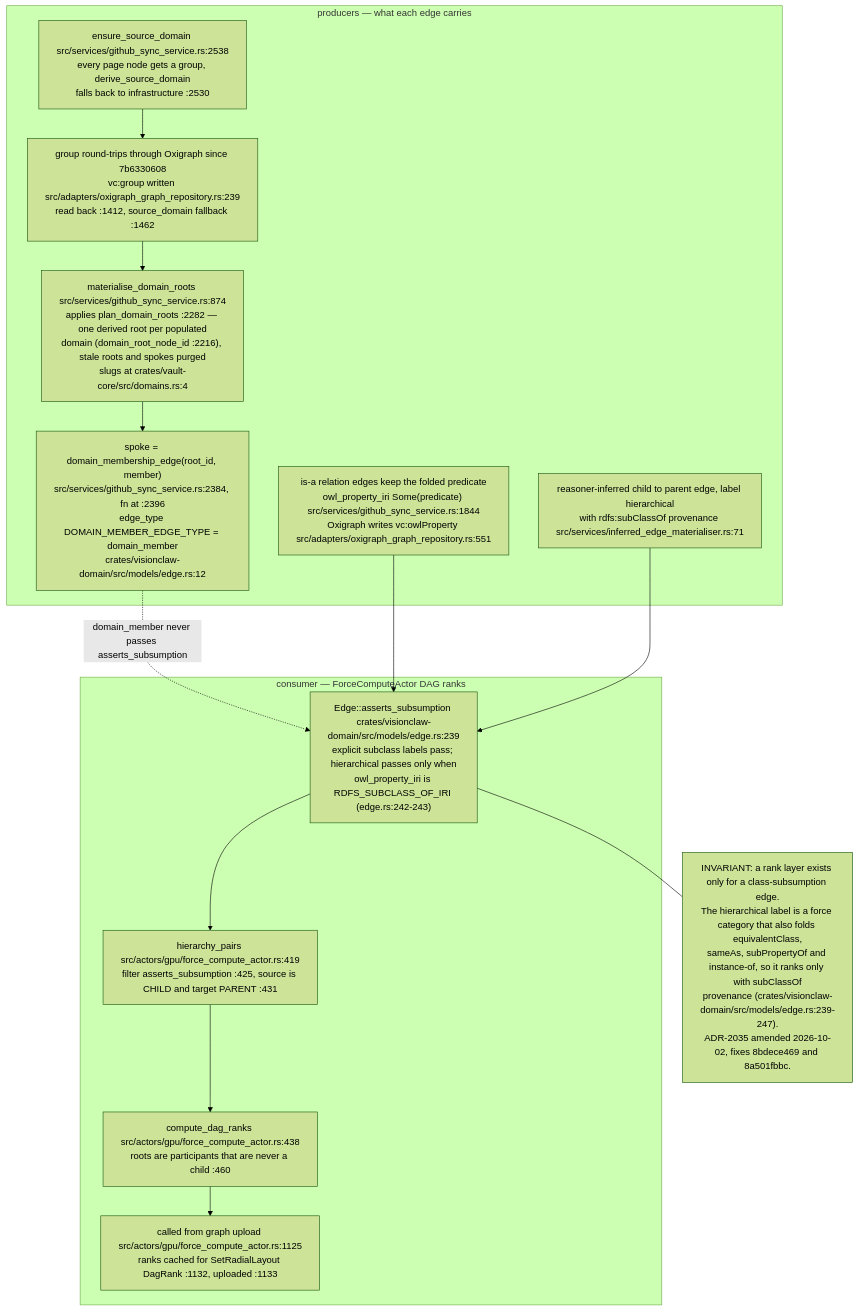
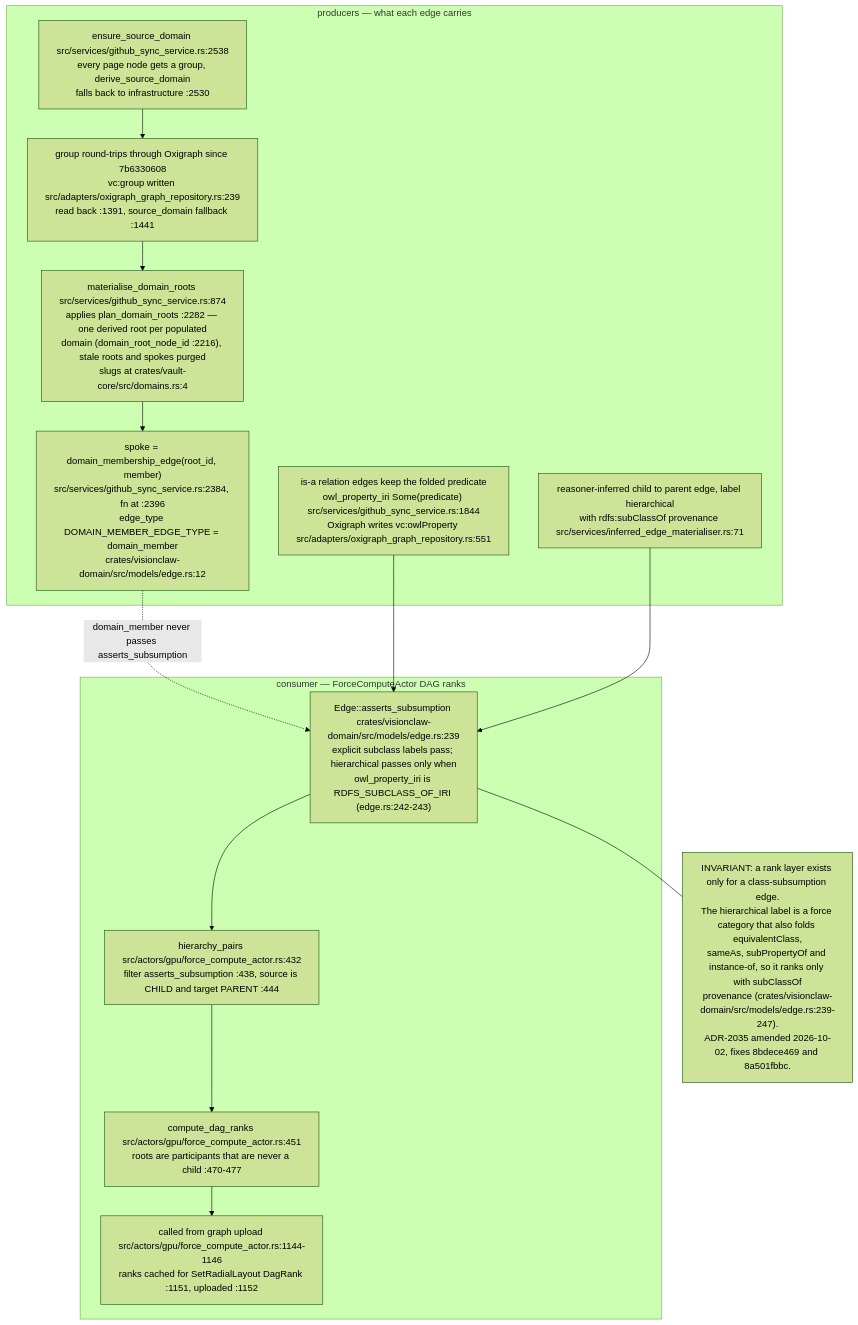
Before and after one commit to DreamLab-AI/VisionFlow: the eighth of 8 diagrams in docs/diagrams/visionclaw/16-interaction-drag-pin-layout.md, drawn with Mermaid (forest theme). The commit also changed other lines of this file and 173 other files, not shown here.

````diff
--- a/docs/diagrams/visionclaw/16-interaction-drag-pin-layout.md
+++ b/docs/diagrams/visionclaw/16-interaction-drag-pin-layout.md
@@ -274,24 +300,24 @@
 ```mermaid
 flowchart TB
     subgraph PROD["producers — what each edge carries"]
         P1["ensure_source_domain src/services/github_sync_service.rs:2538<br/>every page node gets a group, derive_source_domain<br/>falls back to infrastructure :2530"]
-        P2["group round-trips through Oxigraph since 7b6330608<br/>vc:group written src/adapters/oxigraph_graph_repository.rs:239<br/>read back :1412, source_domain fallback :1462"]
+        P2["group round-trips through Oxigraph since 7b6330608<br/>vc:group written src/adapters/oxigraph_graph_repository.rs:239<br/>read back :1391, source_domain fallback :1441"]
         P3["materialise_domain_roots src/services/github_sync_service.rs:874<br/>applies plan_domain_roots :2282 — one derived root per populated<br/>domain (domain_root_node_id :2216), stale roots and spokes purged<br/>slugs at crates/vault-core/src/domains.rs:4"]
         P4["spoke = domain_membership_edge(root_id, member)<br/>src/services/github_sync_service.rs:2384, fn at :2396<br/>edge_type DOMAIN_MEMBER_EDGE_TYPE = domain_member<br/>crates/visionclaw-domain/src/models/edge.rs:12"]
         P5["is-a relation edges keep the folded predicate<br/>owl_property_iri Some(predicate) src/services/github_sync_service.rs:1844<br/>Oxigraph writes vc:owlProperty src/adapters/oxigraph_graph_repository.rs:551"]
         P6["reasoner-inferred child to parent edge, label hierarchical<br/>with rdfs:subClassOf provenance src/services/inferred_edge_materialiser.rs:71"]
         P1 --> P2 --> P3 --> P4
     end
     subgraph RANK["consumer — ForceComputeActor DAG ranks"]
         R1["Edge::asserts_subsumption crates/visionclaw-domain/src/models/edge.rs:239<br/>explicit subclass labels pass; hierarchical passes only when<br/>owl_property_iri is RDFS_SUBCLASS_OF_IRI (edge.rs:242-243)"]
-        R2["hierarchy_pairs src/actors/gpu/force_compute_actor.rs:419<br/>filter asserts_subsumption :425, source is CHILD and target PARENT :431"]
-        R3["compute_dag_ranks src/actors/gpu/force_compute_actor.rs:438<br/>roots are participants that are never a child :460"]
-        R4["called from graph upload src/actors/gpu/force_compute_actor.rs:1125<br/>ranks cached for SetRadialLayout DagRank :1132, uploaded :1133"]
+        R2["hierarchy_pairs src/actors/gpu/force_compute_actor.rs:432<br/>filter asserts_subsumption :438, source is CHILD and target PARENT :444"]
+        R3["compute_dag_ranks src/actors/gpu/force_compute_actor.rs:451<br/>roots are participants that are never a child :470-477"]
+        R4["called from graph upload src/actors/gpu/force_compute_actor.rs:1144-1146<br/>ranks cached for SetRadialLayout DagRank :1151, uploaded :1152"]
         R1 --> R2 --> R3 --> R4
     end
     P4 -. "domain_member never passes asserts_subsumption" .-> R1
     P5 --> R1
     P6 --> R1
     I["INVARIANT: a rank layer exists only for a class-subsumption edge.<br/>The hierarchical label is a force category that also folds equivalentClass,<br/>sameAs, subPropertyOf and instance-of, so it ranks only with subClassOf<br/>provenance (crates/visionclaw-domain/src/models/edge.rs:239-247).<br/>ADR-2035 amended 2026-10-02, fixes 8bdece469 and 8a501fbbc."]
     R1 --- I
 ```
````
